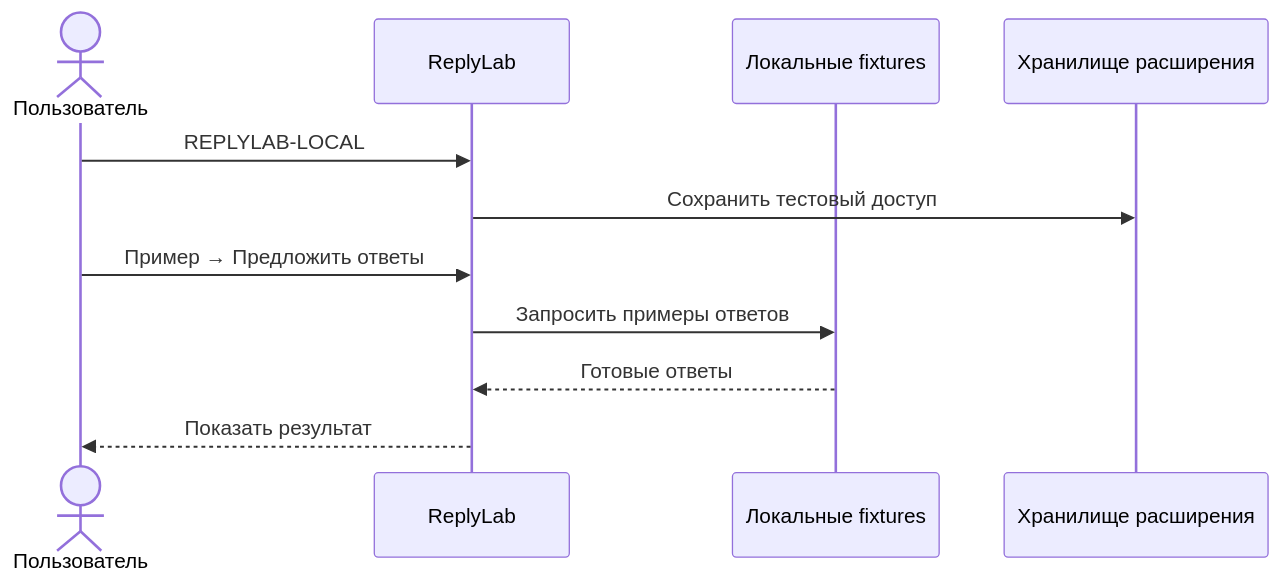
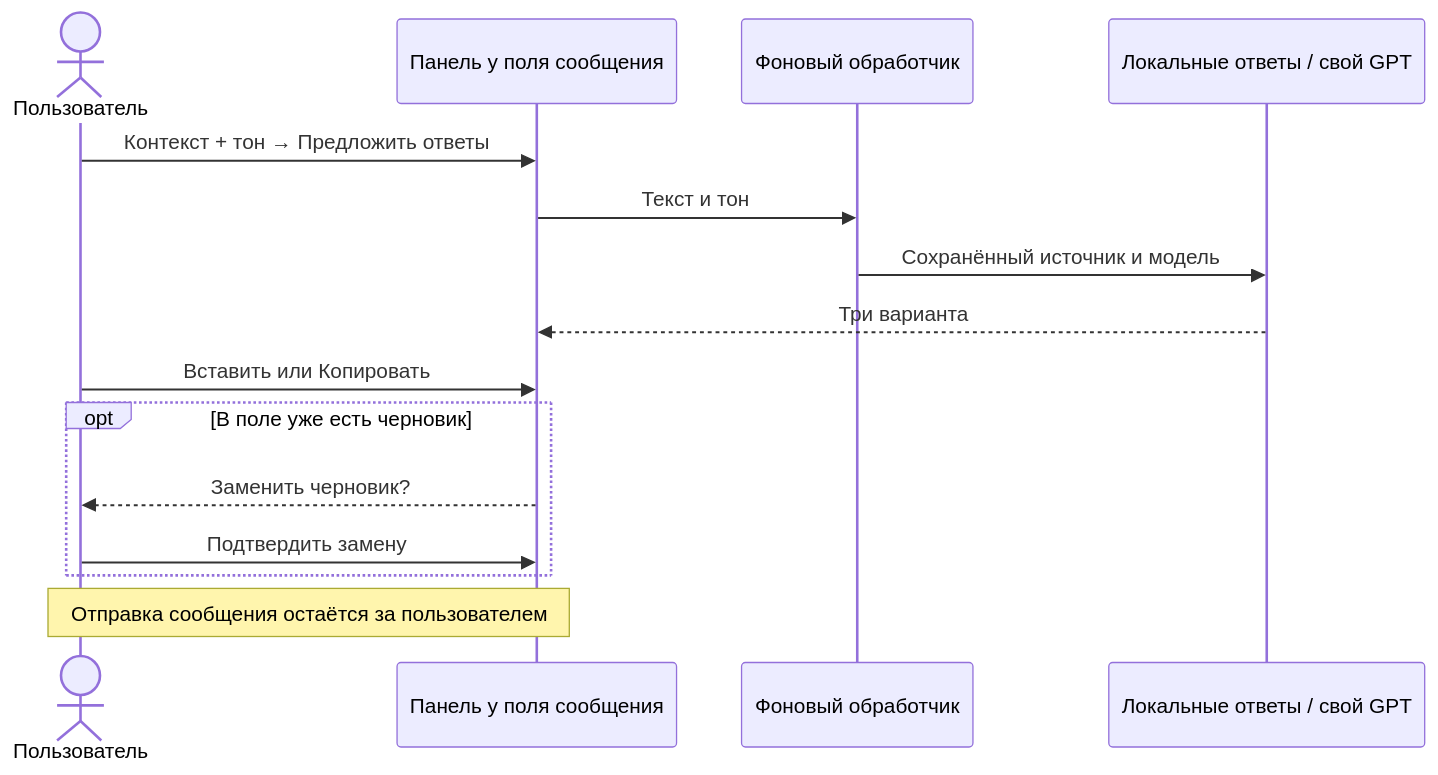
Before and after one commit to kostia7alania/replylab-extension: the first of 2 diagrams in docs/architecture.md, drawn with Mermaid. The commit also changed other lines of this file and 17 other files, not shown here.

````diff
--- a/docs/architecture.md
+++ b/docs/architecture.md
@@ -7,13 +9,17 @@
 ```mermaid
 sequenceDiagram
     actor User as Пользователь
-    participant UI as ReplyLab
-    participant Local as Локальные fixtures
-    participant Storage as Хранилище расширения
-    User->>UI: REPLYLAB-LOCAL
-    UI->>Storage: Сохранить тестовый доступ
-    User->>UI: Пример → Предложить ответы
-    UI->>Local: Запросить примеры ответов
-    Local-->>UI: Готовые ответы
-    UI-->>User: Показать результат
+    participant Panel as Панель у поля сообщения
+    participant Worker as Фоновый обработчик
+    participant Source as Локальные ответы / свой GPT
+    User->>Panel: Контекст + тон → Предложить ответы
+    Panel->>Worker: Текст и тон
+    Worker->>Source: Сохранённый источник и модель
+    Source-->>Panel: Три варианта
+    User->>Panel: Вставить или Копировать
+    opt В поле уже есть черновик
+        Panel-->>User: Заменить черновик?
+        User->>Panel: Подтвердить замену
+    end
+    Note over User,Panel: Отправка сообщения остаётся за пользователем
 ```
````
